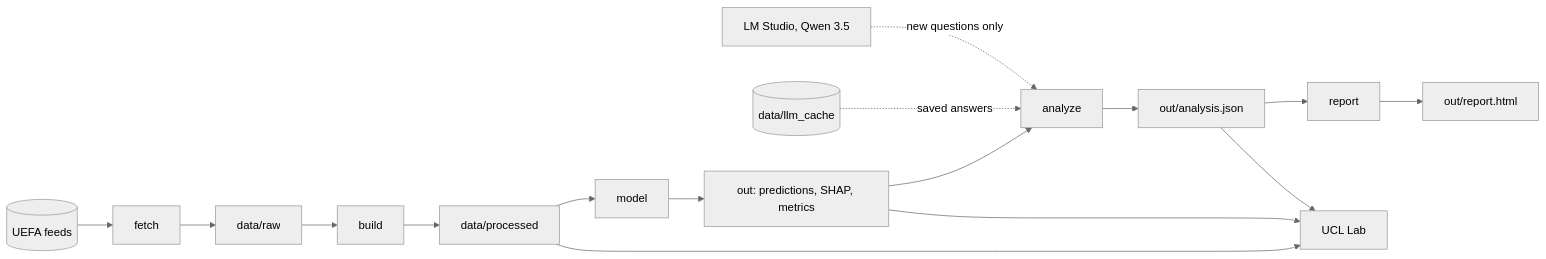
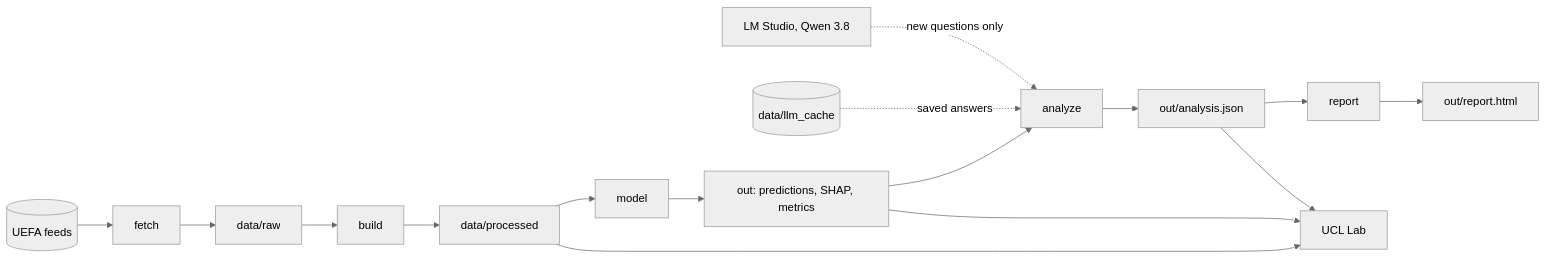
The diagram in README.md (SihanCheng0/ucl-finalists), drawn with Mermaid (neutral theme) before and after one commit. The commit also changed other lines of this file and 20 other files, not shown here.

````diff
--- a/README.md
+++ b/README.md
@@ -48,16 +48,16 @@
 ```mermaid
 flowchart LR
     uefa[("UEFA feeds")] --> fetch
     fetch --> raw["data/raw"]
     raw --> build
     build --> processed["data/processed"]
     processed --> model
     model --> outputs["out: predictions, SHAP, metrics"]
     outputs --> analyze
     cache[("data/llm_cache")] -. "saved answers" .-> analyze
-    lms["LM Studio, Qwen 3.5"] -. "new questions only" .-> analyze
+    lms["LM Studio, Qwen 3.8"] -. "new questions only" .-> analyze
     analyze --> analysis["out/analysis.json"]
     analysis --> report
     report --> html["out/report.html"]
     processed & outputs & analysis --> lab["UCL Lab"]
 ```
````
